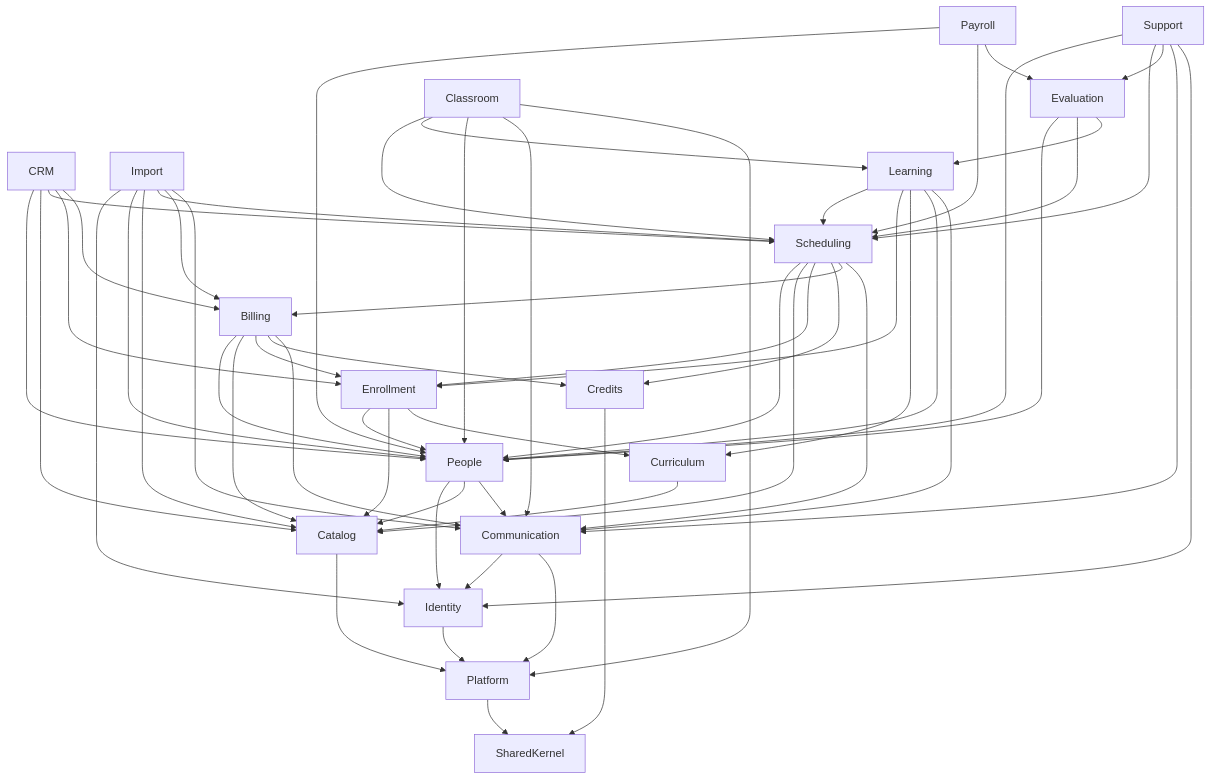
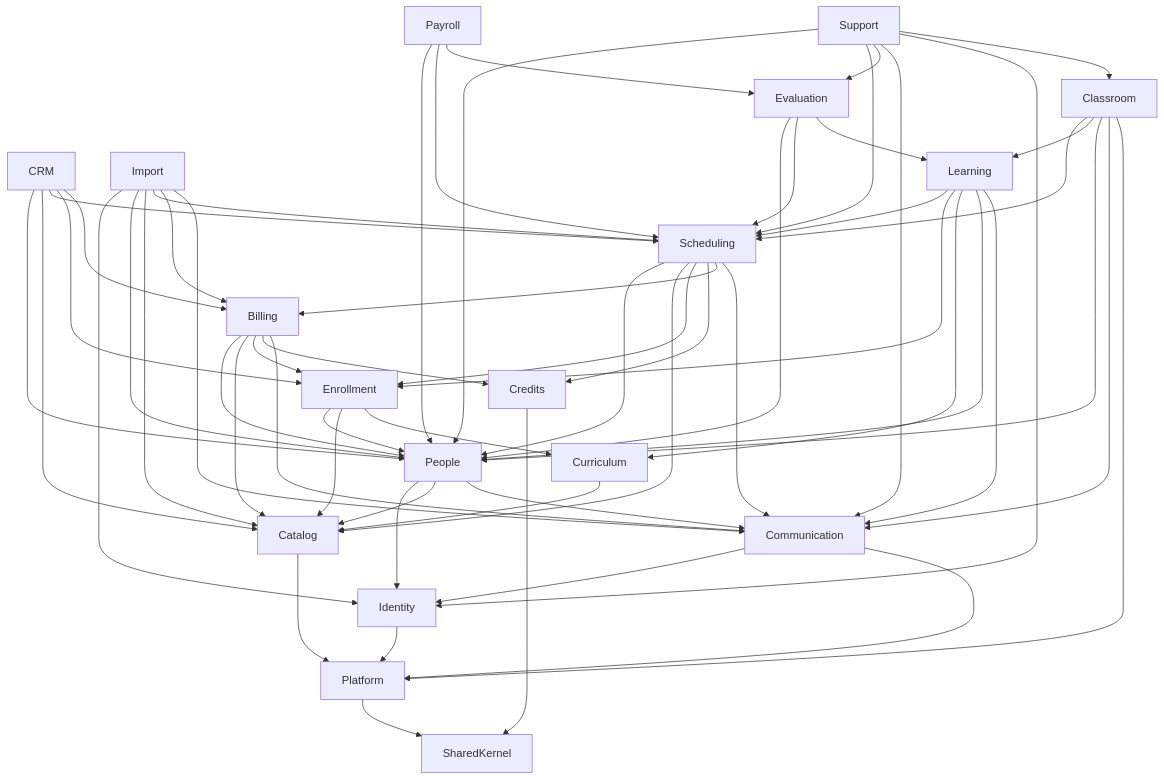
The diagram in docs/architecture/04-design-patterns.md (Mahmoud-Elgonidi/academy-lms), drawn with Mermaid before and after one commit. The commit also changed other lines of this file and 123 other files, not shown here.

````diff
--- a/docs/architecture/04-design-patterns.md
+++ b/docs/architecture/04-design-patterns.md
@@ -49,20 +49,20 @@
 ```mermaid
 flowchart TD
     CRM --> People & Catalog & Scheduling & Enrollment & Billing
     Import --> Identity & People & Catalog & Scheduling & Billing & Communication
     Payroll --> People & Scheduling & Evaluation
     Evaluation --> People & Scheduling & Learning
-    Support --> People & Scheduling & Evaluation & Communication & Identity
+    Support --> People & Scheduling & Evaluation & Communication & Identity & Classroom
     Learning --> Scheduling & Enrollment & Curriculum & People & Communication
     Billing --> People & Catalog & Enrollment & Credits & Communication
     Classroom --> Scheduling & Learning & People & Communication & Platform
     Scheduling --> People & Catalog & Enrollment & Credits & Billing & Communication
     Enrollment --> People & Catalog & Curriculum
     Curriculum --> Catalog
     People --> Identity & Catalog & Communication
     Communication --> Identity & Platform
     Identity --> Platform
     Catalog --> Platform
     Credits --> SharedKernel
     Platform --> SharedKernel
 ```
````
